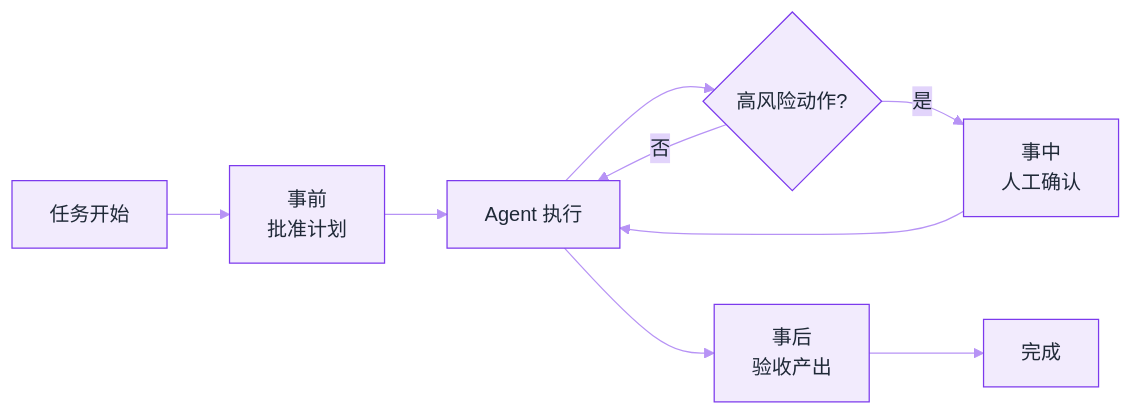
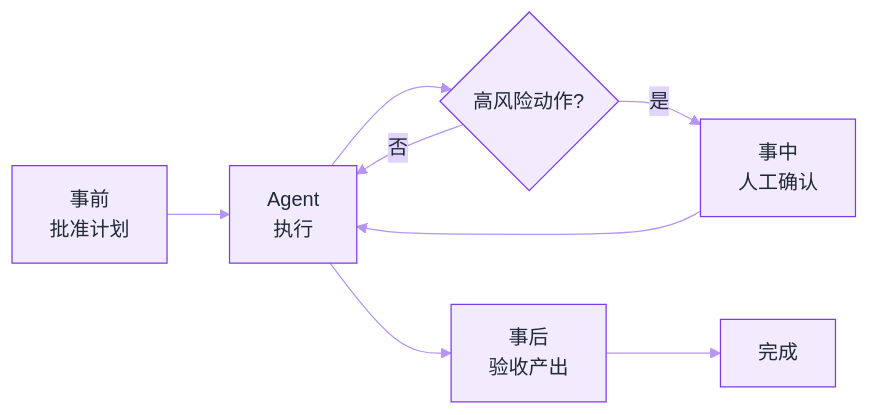
One commit to funny8kids/ai-agent-handbook changed the diagram in docs/02-agent-basics/human-in-the-loop.md. Above: the diagram before and after it, drawn with Mermaid. The commit also changed other lines of this file and 45 other files, not shown here.

First line of the commit message:
Thicken 12 thin pages, clear 25 over-width diagrams, re-proportion 10 thin-ribbon diagrams

````diff
--- a/docs/02-agent-basics/human-in-the-loop.md
+++ b/docs/02-agent-basics/human-in-the-loop.md
@@ -48,12 +48,12 @@
 ```mermaid
 %%{init: {"theme":"base","themeVariables":{"primaryColor":"#F2EBFD","primaryBorderColor":"#7C3AED","primaryTextColor":"#1F2937","secondaryColor":"#E2D4FB","tertiaryColor":"#FAF7FE","lineColor":"#B793F5","actorBkg":"#F5EFFE","actorBorder":"#7C3AED","actorTextColor":"#1F2937","signalColor":"#A375F2","noteBkgColor":"#E7DCFC","noteBorderColor":"#7C3AED","noteTextColor":"#1F2937","labelBoxBkgColor":"#F2EBFD","labelBoxBorderColor":"#7C3AED"}}}%%
 flowchart LR
-  A[任务开始] --> B[事前<br/>批准计划]
-  B --> C[Agent 执行]
+  B[事前<br/>批准计划]
+  B --> C[Agent<br/>执行]
   C --> D{高风险动作?}
   D -- 是 --> E[事中<br/>人工确认]
   D -- 否 --> C
   E --> C
   C --> F[事后<br/>验收产出]
   F --> G[完成]
 ```
````
